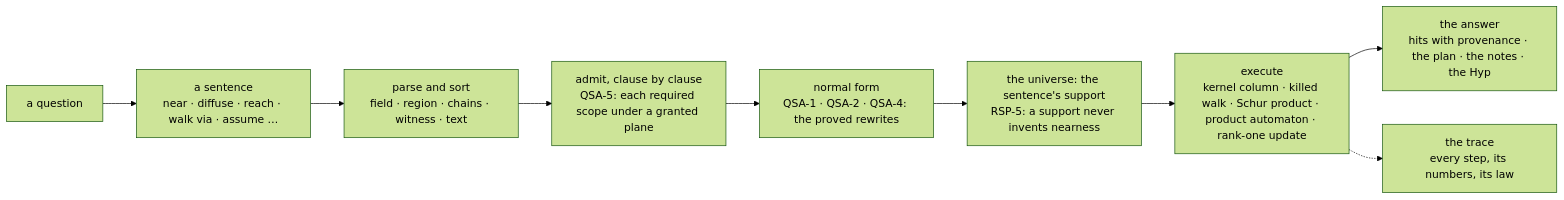
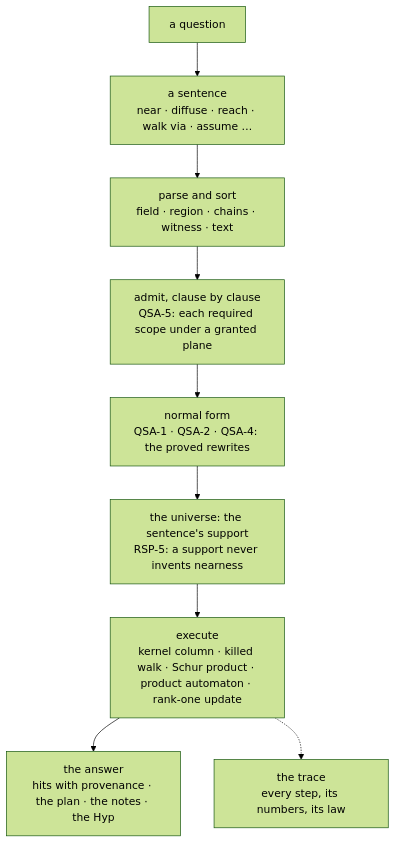
Before and after one commit to ascalva/mind-palace: the first of 3 diagrams in README.md, drawn with Mermaid (forest theme). The commit also changed other lines of this file, not shown here.

Commit message:
docs(readme): the pipeline and the ladder diagrams read top-down
Eight boxes left to right rendered too small at page width on GitHub; the
sorts diagram was already top-down.

````diff
--- a/README.md
+++ b/README.md
@@ -40,11 +40,11 @@
 ```mermaid
-flowchart LR
+flowchart TB
   Q["a question"] --> S["a sentence<br/>near · diffuse · reach · walk via · assume …"]
   S --> P["parse and sort<br/>field · region · chains · witness · text"]
   P --> A["admit, clause by clause<br/>QSA-5: each required scope under a granted plane"]
   A --> N["normal form<br/>QSA-1 · QSA-2 · QSA-4: the proved rewrites"]
   N --> U["the universe: the sentence's support<br/>RSP-5: a support never invents nearness"]
   U --> E["execute<br/>kernel column · killed walk · Schur product · product automaton · rank-one update"]
   E --> R["the answer<br/>hits with provenance · the plan · the notes · the Hyp"]
   E -.-> T["the trace<br/>every step, its numbers, its law"]
 ```
````
